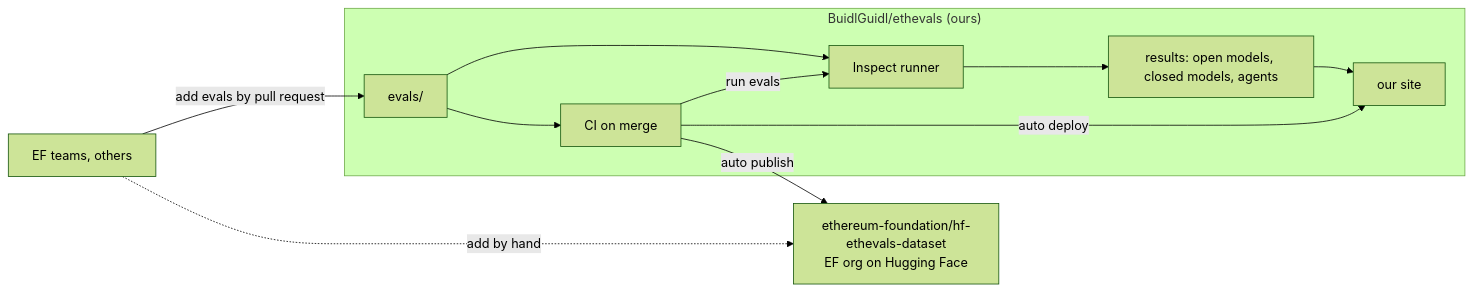
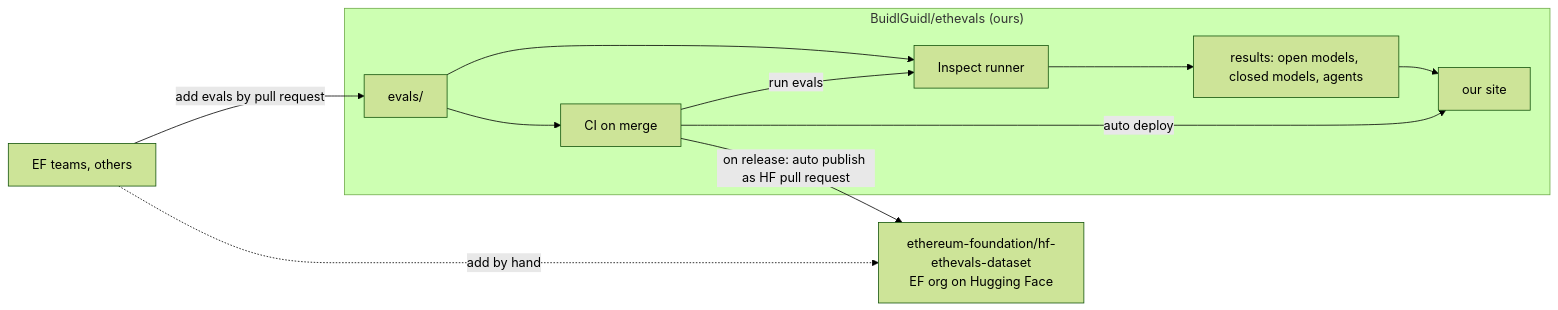
The sixth of 7 diagrams in docs/proposal/ethevals-proposal.md (BuidlGuidl/ethevals), drawn with Mermaid (forest theme) before and after one commit. The commit also changed 1 other file, not shown here.

Commit message:
Tidy proposal header, spec citations and publish label

````diff
--- a/docs/proposal/ethevals-proposal.md
+++ b/docs/proposal/ethevals-proposal.md
@@ -168,14 +168,14 @@
 ```mermaid
 flowchart LR
     CONTRIBUTORS["EF teams, others"] -->|"add evals by pull request"| EVALS
     subgraph GH["BuidlGuidl/ethevals (ours)"]
         EVALS["evals/"] --> RUNNER["Inspect runner"]
         RUNNER --> RESULTS["results: open models, closed models, agents"]
         EVALS --> CI["CI on merge"]
         CI -->|"run evals"| RUNNER
         RESULTS --> SITE["our site"]
         CI -->|"auto deploy"| SITE
     end
-    CI -->|"auto publish"| HF["ethereum-foundation/hf-ethevals-dataset<br/>EF org on Hugging Face"]
+    CI -->|"on release: auto publish as HF pull request"| HF["ethereum-foundation/hf-ethevals-dataset<br/>EF org on Hugging Face"]
     CONTRIBUTORS -.->|"add by hand"| HF
 ```
````
